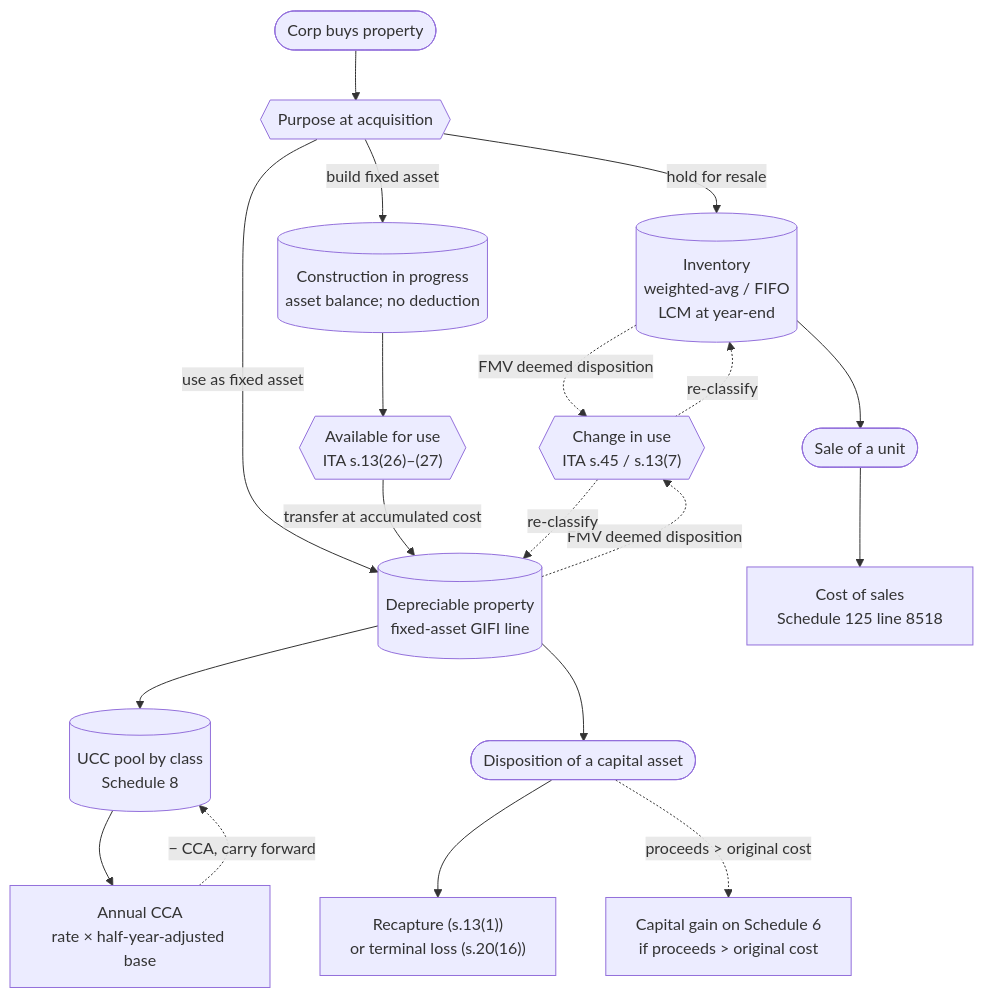
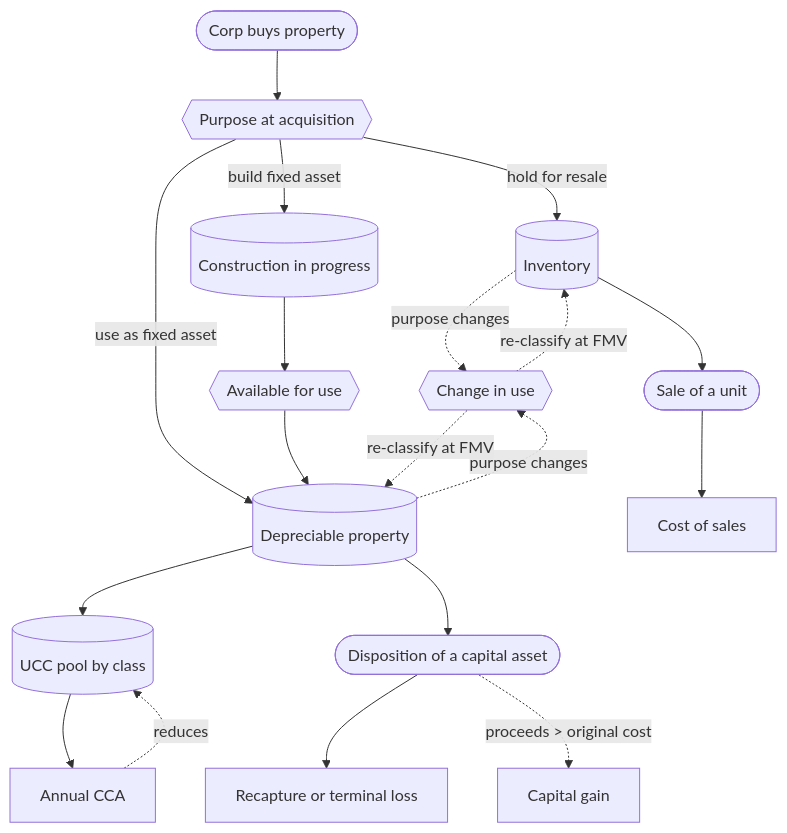
One commit to alexoooo/canadian-corp-info changed the diagram in guide/Cost-Recovery/Cost-Recovery.md. Above: the diagram before and after it, drawn with Mermaid. The commit also changed other lines of this file, not shown here.

Commit message:
cost recovery progress

````diff
--- a/guide/Cost-Recovery/Cost-Recovery.md
+++ b/guide/Cost-Recovery/Cost-Recovery.md
@@ -50,36 +50,36 @@
 ```mermaid
 flowchart TB
     Buy(["Corp buys property"])
     Purpose{{"Purpose at acquisition"}}
-    Inv[("Inventory<br/>weighted-avg / FIFO<br/>LCM at year-end")]
-    Fixed[("Depreciable property<br/>fixed-asset GIFI line")]
-    CIP[("Construction in progress<br/>asset balance; no deduction")]
-    Avail{{"Available for use<br/>ITA s.13(26)–(27)"}}
-    UCC[("UCC pool by class<br/>Schedule 8")]
+    Inv[("Inventory")]
+    Fixed[("Depreciable property")]
+    CIP[("Construction in progress")]
+    Avail{{"Available for use"}}
+    UCC[("UCC pool by class")]
     Sale(["Sale of a unit"])
-    COGS["Cost of sales<br/>Schedule 125 line 8518"]
-    CCA["Annual CCA<br/>rate × half-year-adjusted base"]
+    COGS["Cost of sales"]
+    CCA["Annual CCA"]
     Disp(["Disposition of a capital asset"])
-    Rec["Recapture (s.13(1))<br/>or terminal loss (s.20(16))"]
-    CG["Capital gain on Schedule 6<br/>if proceeds &gt; original cost"]
-    CofU{{"Change in use<br/>ITA s.45 / s.13(7)"}}
+    Rec["Recapture or terminal loss"]
+    CG["Capital gain"]
+    CofU{{"Change in use"}}
 
     Buy --> Purpose
     Purpose -->|"hold for resale"| Inv
     Purpose -->|"use as fixed asset"| Fixed
     Purpose -->|"build fixed asset"| CIP
     CIP --> Avail
-    Avail -->|"transfer at accumulated cost"| Fixed
+    Avail --> Fixed
     Fixed --> UCC
     UCC --> CCA
-    CCA -.->|"− CCA, carry forward"| UCC
+    CCA -.->|"reduces"| UCC
     Inv --> Sale
     Sale --> COGS
     Fixed --> Disp
     Disp --> Rec
     Disp -.->|"proceeds &gt; original cost"| CG
-    Inv -.->|"FMV deemed disposition"| CofU
-    Fixed -.->|"FMV deemed disposition"| CofU
-    CofU -.->|"re-classify"| Inv
-    CofU -.->|"re-classify"| Fixed
+    Inv -.->|"purpose changes"| CofU
+    Fixed -.->|"purpose changes"| CofU
+    CofU -.->|"re-classify at FMV"| Inv
+    CofU -.->|"re-classify at FMV"| Fixed
 ```
````
